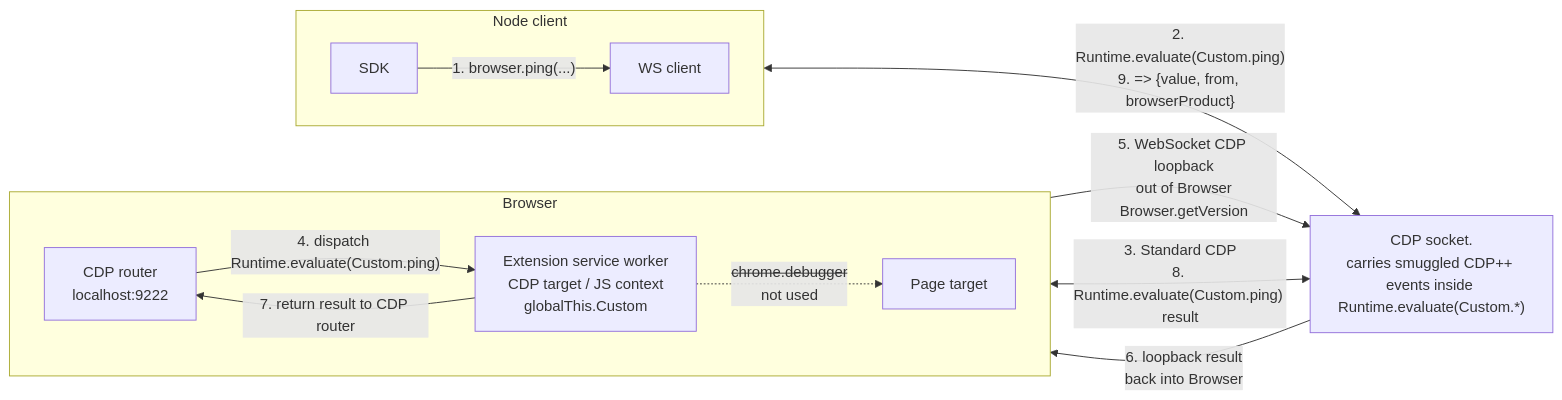
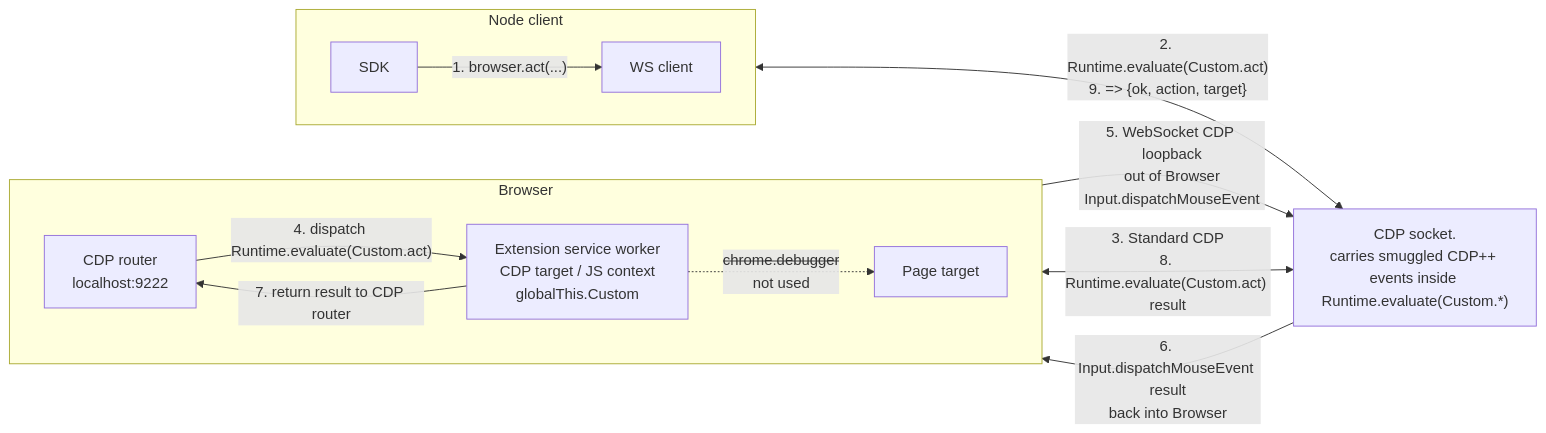
Before and after one commit to pirate/chrome-cdp-extension-bridge: the third of 4 diagrams in README.md, drawn with Mermaid. The commit also changed other lines of this file, not shown here.

Commit message:
Use realistic custom action examples

````diff
--- a/README.md
+++ b/README.md
@@ -105,26 +105,26 @@
 ```mermaid
 flowchart LR
   subgraph Node["Node client"]
     direction LR
     SDK["SDK"]
     WS["WS client"]
-    SDK -->|"1. browser.ping(...)"| WS
+    SDK -->|"1. browser.act(...)"| WS
   end
 
   subgraph Browser["Browser"]
     direction LR
     CDP["CDP router<br/>localhost:9222"]
     SW["Extension service worker<br/>CDP target / JS context<br/>globalThis.Custom"]
     Page["Page target"]
-    CDP -->|"4. dispatch Runtime.evaluate(Custom.ping)"| SW
+    CDP -->|"4. dispatch Runtime.evaluate(Custom.act)"| SW
     SW -. "<s>chrome.debugger</s><br/>not used" .-> Page
   end
 
   Socket["CDP socket.<br/>carries smuggled CDP++ events inside Runtime.evaluate(Custom.*)"]
 
-  WS <-->|"2. Runtime.evaluate(Custom.ping)<br/>9. => {value, from, browserProduct}"| Socket
-  Socket <-->|"3. Standard CDP<br/>8. Runtime.evaluate(Custom.ping) result"| CDP
-  SW -->|"5. WebSocket CDP loopback<br/>out of Browser<br/>Browser.getVersion"| Socket
-  Socket -->|"6. loopback result<br/>back into Browser"| SW
+  WS <-->|"2. Runtime.evaluate(Custom.act)<br/>9. => {ok, action, target}"| Socket
+  Socket <-->|"3. Standard CDP<br/>8. Runtime.evaluate(Custom.act) result"| CDP
+  SW -->|"5. WebSocket CDP loopback<br/>out of Browser<br/>Input.dispatchMouseEvent"| Socket
+  Socket -->|"6. Input.dispatchMouseEvent result<br/>back into Browser"| SW
   SW -->|"7. return result to CDP router"| CDP
 ```
````
